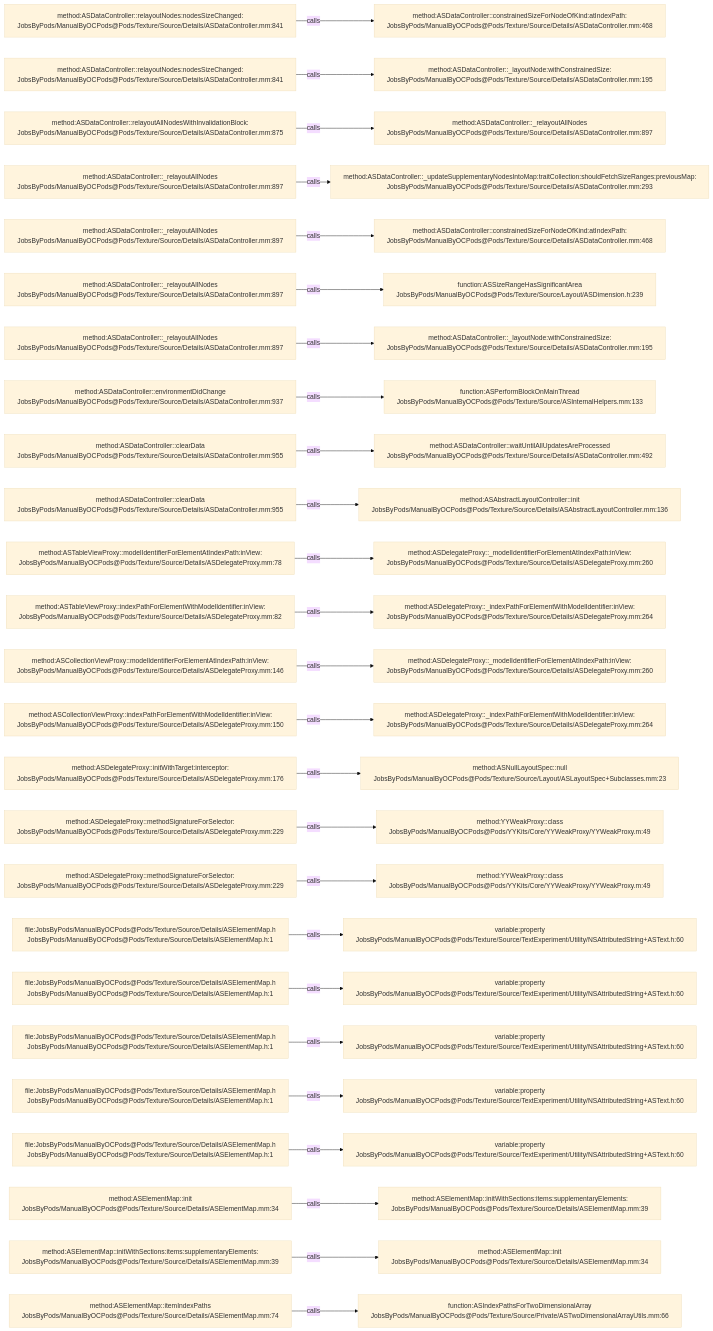
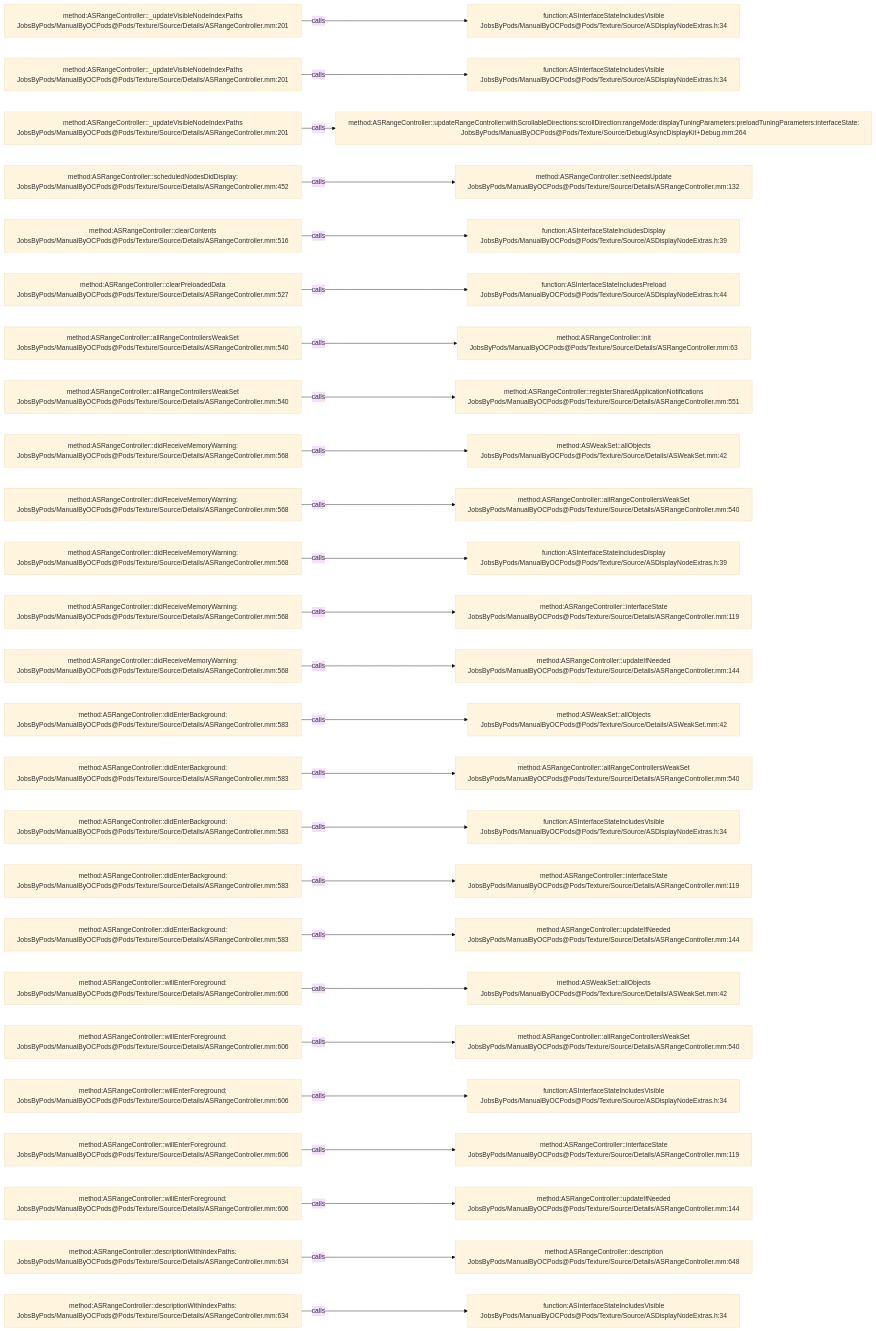
The diagram in .codegraph/codegraph.md/graphs/calls-148.md (JobsKits/JobsOCBaseConfigDemo), drawn with Mermaid (base theme) before and after one commit. The commit also changed 2723 other files, not shown here.

````diff
--- a/.codegraph/codegraph.md/graphs/calls-148.md
+++ b/.codegraph/codegraph.md/graphs/calls-148.md
@@ -13,78 +13,78 @@
 ```mermaid
 flowchart LR
-  S1["method:ASDataController::relayoutNodes:nodesSizeChanged:<br/>JobsByPods/ManualByOCPods@Pods/Texture/Source/Details/ASDataController.mm:841"]
-  T1["method:ASDataController::constrainedSizeForNodeOfKind:atIndexPath:<br/>JobsByPods/ManualByOCPods@Pods/Texture/Source/Details/ASDataController.mm:468"]
+  S1["method:ASRangeController::_updateVisibleNodeIndexPaths<br/>JobsByPods/ManualByOCPods@Pods/Texture/Source/Details/ASRangeController.mm:201"]
+  T1["function:ASInterfaceStateIncludesVisible<br/>JobsByPods/ManualByOCPods@Pods/Texture/Source/ASDisplayNodeExtras.h:34"]
   S1 -->|calls| T1
-  S2["method:ASDataController::relayoutNodes:nodesSizeChanged:<br/>JobsByPods/ManualByOCPods@Pods/Texture/Source/Details/ASDataController.mm:841"]
-  T2["method:ASDataController::_layoutNode:withConstrainedSize:<br/>JobsByPods/ManualByOCPods@Pods/Texture/Source/Details/ASDataController.mm:195"]
+  S2["method:ASRangeController::_updateVisibleNodeIndexPaths<br/>JobsByPods/ManualByOCPods@Pods/Texture/Source/Details/ASRangeController.mm:201"]
+  T2["function:ASInterfaceStateIncludesVisible<br/>JobsByPods/ManualByOCPods@Pods/Texture/Source/ASDisplayNodeExtras.h:34"]
   S2 -->|calls| T2
-  S3["method:ASDataController::relayoutAllNodesWithInvalidationBlock:<br/>JobsByPods/ManualByOCPods@Pods/Texture/Source/Details/ASDataController.mm:875"]
-  T3["method:ASDataController::_relayoutAllNodes<br/>JobsByPods/ManualByOCPods@Pods/Texture/Source/Details/ASDataController.mm:897"]
+  S3["method:ASRangeController::_updateVisibleNodeIndexPaths<br/>JobsByPods/ManualByOCPods@Pods/Texture/Source/Details/ASRangeController.mm:201"]
+  T3["method:ASRangeController::updateRangeController:withScrollableDirections:scrollDirection:rangeMode:displayTuningParameters:preloadTuningParameters:interfaceState:<br/>JobsByPods/ManualByOCPods@Pods/Texture/Source/Debug/AsyncDisplayKit+Debug.mm:264"]
   S3 -->|calls| T3
-  S4["method:ASDataController::_relayoutAllNodes<br/>JobsByPods/ManualByOCPods@Pods/Texture/Source/Details/ASDataController.mm:897"]
-  T4["method:ASDataController::_updateSupplementaryNodesIntoMap:traitCollection:shouldFetchSizeRanges:previousMap:<br/>JobsByPods/ManualByOCPods@Pods/Texture/Source/Details/ASDataController.mm:293"]
+  S4["method:ASRangeController::scheduledNodesDidDisplay:<br/>JobsByPods/ManualByOCPods@Pods/Texture/Source/Details/ASRangeController.mm:452"]
+  T4["method:ASRangeController::setNeedsUpdate<br/>JobsByPods/ManualByOCPods@Pods/Texture/Source/Details/ASRangeController.mm:132"]
   S4 -->|calls| T4
-  S5["method:ASDataController::_relayoutAllNodes<br/>JobsByPods/ManualByOCPods@Pods/Texture/Source/Details/ASDataController.mm:897"]
-  T5["method:ASDataController::constrainedSizeForNodeOfKind:atIndexPath:<br/>JobsByPods/ManualByOCPods@Pods/Texture/Source/Details/ASDataController.mm:468"]
+  S5["method:ASRangeController::clearContents<br/>JobsByPods/ManualByOCPods@Pods/Texture/Source/Details/ASRangeController.mm:516"]
+  T5["function:ASInterfaceStateIncludesDisplay<br/>JobsByPods/ManualByOCPods@Pods/Texture/Source/ASDisplayNodeExtras.h:39"]
   S5 -->|calls| T5
-  S6["method:ASDataController::_relayoutAllNodes<br/>JobsByPods/ManualByOCPods@Pods/Texture/Source/Details/ASDataController.mm:897"]
-  T6["function:ASSizeRangeHasSignificantArea<br/>JobsByPods/ManualByOCPods@Pods/Texture/Source/Layout/ASDimension.h:239"]
+  S6["method:ASRangeController::clearPreloadedData<br/>JobsByPods/ManualByOCPods@Pods/Texture/Source/Details/ASRangeController.mm:527"]
+  T6["function:ASInterfaceStateIncludesPreload<br/>JobsByPods/ManualByOCPods@Pods/Texture/Source/ASDisplayNodeExtras.h:44"]
   S6 -->|calls| T6
-  S7["method:ASDataController::_relayoutAllNodes<br/>JobsByPods/ManualByOCPods@Pods/Texture/Source/Details/ASDataController.mm:897"]
-  T7["method:ASDataController::_layoutNode:withConstrainedSize:<br/>JobsByPods/ManualByOCPods@Pods/Texture/Source/Details/ASDataController.mm:195"]
+  S7["method:ASRangeController::allRangeControllersWeakSet<br/>JobsByPods/ManualByOCPods@Pods/Texture/Source/Details/ASRangeController.mm:540"]
+  T7["method:ASRangeController::init<br/>JobsByPods/ManualByOCPods@Pods/Texture/Source/Details/ASRangeController.mm:63"]
   S7 -->|calls| T7
-  S8["method:ASDataController::environmentDidChange<br/>JobsByPods/ManualByOCPods@Pods/Texture/Source/Details/ASDataController.mm:937"]
-  T8["function:ASPerformBlockOnMainThread<br/>JobsByPods/ManualByOCPods@Pods/Texture/Source/ASInternalHelpers.mm:133"]
+  S8["method:ASRangeController::allRangeControllersWeakSet<br/>JobsByPods/ManualByOCPods@Pods/Texture/Source/Details/ASRangeController.mm:540"]
+  T8["method:ASRangeController::registerSharedApplicationNotifications<br/>JobsByPods/ManualByOCPods@Pods/Texture/Source/Details/ASRangeController.mm:551"]
   S8 -->|calls| T8
-  S9["method:ASDataController::clearData<br/>JobsByPods/ManualByOCPods@Pods/Texture/Source/Details/ASDataController.mm:955"]
-  T9["method:ASDataController::waitUntilAllUpdatesAreProcessed<br/>JobsByPods/ManualByOCPods@Pods/Texture/Source/Details/ASDataController.mm:492"]
+  S9["method:ASRangeController::didReceiveMemoryWarning:<br/>JobsByPods/ManualByOCPods@Pods/Texture/Source/Details/ASRangeController.mm:568"]
+  T9["method:ASWeakSet::allObjects<br/>JobsByPods/ManualByOCPods@Pods/Texture/Source/Details/ASWeakSet.mm:42"]
   S9 -->|calls| T9
-  S10["method:ASDataController::clearData<br/>JobsByPods/ManualByOCPods@Pods/Texture/Source/Details/ASDataController.mm:955"]
-  T10["method:ASAbstractLayoutController::init<br/>JobsByPods/ManualByOCPods@Pods/Texture/Source/Details/ASAbstractLayoutController.mm:136"]
+  S10["method:ASRangeController::didReceiveMemoryWarning:<br/>JobsByPods/ManualByOCPods@Pods/Texture/Source/Details/ASRangeController.mm:568"]
+  T10["method:ASRangeController::allRangeControllersWeakSet<br/>JobsByPods/ManualByOCPods@Pods/Texture/Source/Details/ASRangeController.mm:540"]
   S10 -->|calls| T10
-  S11["method:ASTableViewProxy::modelIdentifierForElementAtIndexPath:inView:<br/>JobsByPods/ManualByOCPods@Pods/Texture/Source/Details/ASDelegateProxy.mm:78"]
-  T11["method:ASDelegateProxy::_modelIdentifierForElementAtIndexPath:inView:<br/>JobsByPods/ManualByOCPods@Pods/Texture/Source/Details/ASDelegateProxy.mm:260"]
+  S11["method:ASRangeController::didReceiveMemoryWarning:<br/>JobsByPods/ManualByOCPods@Pods/Texture/Source/Details/ASRangeController.mm:568"]
+  T11["function:ASInterfaceStateIncludesDisplay<br/>JobsByPods/ManualByOCPods@Pods/Texture/Source/ASDisplayNodeExtras.h:39"]
   S11 -->|calls| T11
-  S12["method:ASTableViewProxy::indexPathForElementWithModelIdentifier:inView:<br/>JobsByPods/ManualByOCPods@Pods/Texture/Source/Details/ASDelegateProxy.mm:82"]
-  T12["method:ASDelegateProxy::_indexPathForElementWithModelIdentifier:inView:<br/>JobsByPods/ManualByOCPods@Pods/Texture/Source/Details/ASDelegateProxy.mm:264"]
+  S12["method:ASRangeController::didReceiveMemoryWarning:<br/>JobsByPods/ManualByOCPods@Pods/Texture/Source/Details/ASRangeController.mm:568"]
+  T12["method:ASRangeController::interfaceState<br/>JobsByPods/ManualByOCPods@Pods/Texture/Source/Details/ASRangeController.mm:119"]
   S12 -->|calls| T12
-  S13["method:ASCollectionViewProxy::modelIdentifierForElementAtIndexPath:inView:<br/>JobsByPods/ManualByOCPods@Pods/Texture/Source/Details/ASDelegateProxy.mm:146"]
-  T13["method:ASDelegateProxy::_modelIdentifierForElementAtIndexPath:inView:<br/>JobsByPods/ManualByOCPods@Pods/Texture/Source/Details/ASDelegateProxy.mm:260"]
+  S13["method:ASRangeController::didReceiveMemoryWarning:<br/>JobsByPods/ManualByOCPods@Pods/Texture/Source/Details/ASRangeController.mm:568"]
+  T13["method:ASRangeController::updateIfNeeded<br/>JobsByPods/ManualByOCPods@Pods/Texture/Source/Details/ASRangeController.mm:144"]
   S13 -->|calls| T13
-  S14["method:ASCollectionViewProxy::indexPathForElementWithModelIdentifier:inView:<br/>JobsByPods/ManualByOCPods@Pods/Texture/Source/Details/ASDelegateProxy.mm:150"]
-  T14["method:ASDelegateProxy::_indexPathForElementWithModelIdentifier:inView:<br/>JobsByPods/ManualByOCPods@Pods/Texture/Source/Details/ASDelegateProxy.mm:264"]
+  S14["method:ASRangeController::didEnterBackground:<br/>JobsByPods/ManualByOCPods@Pods/Texture/Source/Details/ASRangeController.mm:583"]
+  T14["method:ASWeakSet::allObjects<br/>JobsByPods/ManualByOCPods@Pods/Texture/Source/Details/ASWeakSet.mm:42"]
   S14 -->|calls| T14
-  S15["method:ASDelegateProxy::initWithTarget:interceptor:<br/>JobsByPods/ManualByOCPods@Pods/Texture/Source/Details/ASDelegateProxy.mm:176"]
-  T15["method:ASNullLayoutSpec::null<br/>JobsByPods/ManualByOCPods@Pods/Texture/Source/Layout/ASLayoutSpec+Subclasses.mm:23"]
+  S15["method:ASRangeController::didEnterBackground:<br/>JobsByPods/ManualByOCPods@Pods/Texture/Source/Details/ASRangeController.mm:583"]
+  T15["method:ASRangeController::allRangeControllersWeakSet<br/>JobsByPods/ManualByOCPods@Pods/Texture/Source/Details/ASRangeController.mm:540"]
   S15 -->|calls| T15
-  S16["method:ASDelegateProxy::methodSignatureForSelector:<br/>JobsByPods/ManualByOCPods@Pods/Texture/Source/Details/ASDelegateProxy.mm:229"]
-  T16["method:YYWeakProxy::class<br/>JobsByPods/ManualByOCPods@Pods/YYKits/Core/YYWeakProxy/YYWeakProxy.m:49"]
+  S16["method:ASRangeController::didEnterBackground:<br/>JobsByPods/ManualByOCPods@Pods/Texture/Source/Details/ASRangeController.mm:583"]
+  T16["function:ASInterfaceStateIncludesVisible<br/>JobsByPods/ManualByOCPods@Pods/Texture/Source/ASDisplayNodeExtras.h:34"]
   S16 -->|calls| T16
-  S17["method:ASDelegateProxy::methodSignatureForSelector:<br/>JobsByPods/ManualByOCPods@Pods/Texture/Source/Details/ASDelegateProxy.mm:229"]
-  T17["method:YYWeakProxy::class<br/>JobsByPods/ManualByOCPods@Pods/YYKits/Core/YYWeakProxy/YYWeakProxy.m:49"]
+  S17["method:ASRangeController::didEnterBackground:<br/>JobsByPods/ManualByOCPods@Pods/Texture/Source/Details/ASRangeController.mm:583"]
+  T17["method:ASRangeController::interfaceState<br/>JobsByPods/ManualByOCPods@Pods/Texture/Source/Details/ASRangeController.mm:119"]
   S17 -->|calls| T17
-  S18["file:JobsByPods/ManualByOCPods@Pods/Texture/Source/Details/ASElementMap.h<br/>JobsByPods/ManualByOCPods@Pods/Texture/Source/Details/ASElementMap.h:1"]
-  T18["variable:property<br/>JobsByPods/ManualByOCPods@Pods/Texture/Source/TextExperiment/Utility/NSAttributedString+ASText.h:60"]
+  S18["method:ASRangeController::didEnterBackground:<br/>JobsByPods/ManualByOCPods@Pods/Texture/Source/Details/ASRangeController.mm:583"]
+  T18["method:ASRangeController::updateIfNeeded<br/>JobsByPods/ManualByOCPods@Pods/Texture/Source/Details/ASRangeController.mm:144"]
   S18 -->|calls| T18
-  S19["file:JobsByPods/ManualByOCPods@Pods/Texture/Source/Details/ASElementMap.h<br/>JobsByPods/ManualByOCPods@Pods/Texture/Source/Details/ASElementMap.h:1"]
-  T19["variable:property<br/>JobsByPods/ManualByOCPods@Pods/Texture/Source/TextExperiment/Utility/NSAttributedString+ASText.h:60"]
+  S19["method:ASRangeController::willEnterForeground:<br/>JobsByPods/ManualByOCPods@Pods/Texture/Source/Details/ASRangeController.mm:606"]
+  T19["method:ASWeakSet::allObjects<br/>JobsByPods/ManualByOCPods@Pods/Texture/Source/Details/ASWeakSet.mm:42"]
   S19 -->|calls| T19
-  S20["file:JobsByPods/ManualByOCPods@Pods/Texture/Source/Details/ASElementMap.h<br/>JobsByPods/ManualByOCPods@Pods/Texture/Source/Details/ASElementMap.h:1"]
-  T20["variable:property<br/>JobsByPods/ManualByOCPods@Pods/Texture/Source/TextExperiment/Utility/NSAttributedString+ASText.h:60"]
+  S20["method:ASRangeController::willEnterForeground:<br/>JobsByPods/ManualByOCPods@Pods/Texture/Source/Details/ASRangeController.mm:606"]
+  T20["method:ASRangeController::allRangeControllersWeakSet<br/>JobsByPods/ManualByOCPods@Pods/Texture/Source/Details/ASRangeController.mm:540"]
   S20 -->|calls| T20
-  S21["file:JobsByPods/ManualByOCPods@Pods/Texture/Source/Details/ASElementMap.h<br/>JobsByPods/ManualByOCPods@Pods/Texture/Source/Details/ASElementMap.h:1"]
-  T21["variable:property<br/>JobsByPods/ManualByOCPods@Pods/Texture/Source/TextExperiment/Utility/NSAttributedString+ASText.h:60"]
+  S21["method:ASRangeController::willEnterForeground:<br/>JobsByPods/ManualByOCPods@Pods/Texture/Source/Details/ASRangeController.mm:606"]
+  T21["function:ASInterfaceStateIncludesVisible<br/>JobsByPods/ManualByOCPods@Pods/Texture/Source/ASDisplayNodeExtras.h:34"]
   S21 -->|calls| T21
-  S22["file:JobsByPods/ManualByOCPods@Pods/Texture/Source/Details/ASElementMap.h<br/>JobsByPods/ManualByOCPods@Pods/Texture/Source/Details/ASElementMap.h:1"]
-  T22["variable:property<br/>JobsByPods/ManualByOCPods@Pods/Texture/Source/TextExperiment/Utility/NSAttributedString+ASText.h:60"]
+  S22["method:ASRangeController::willEnterForeground:<br/>JobsByPods/ManualByOCPods@Pods/Texture/Source/Details/ASRangeController.mm:606"]
+  T22["method:ASRangeController::interfaceState<br/>JobsByPods/ManualByOCPods@Pods/Texture/Source/Details/ASRangeController.mm:119"]
   S22 -->|calls| T22
-  S23["method:ASElementMap::init<br/>JobsByPods/ManualByOCPods@Pods/Texture/Source/Details/ASElementMap.mm:34"]
-  T23["method:ASElementMap::initWithSections:items:supplementaryElements:<br/>JobsByPods/ManualByOCPods@Pods/Texture/Source/Details/ASElementMap.mm:39"]
+  S23["method:ASRangeController::willEnterForeground:<br/>JobsByPods/ManualByOCPods@Pods/Texture/Source/Details/ASRangeController.mm:606"]
+  T23["method:ASRangeController::updateIfNeeded<br/>JobsByPods/ManualByOCPods@Pods/Texture/Source/Details/ASRangeController.mm:144"]
   S23 -->|calls| T23
-  S24["method:ASElementMap::initWithSections:items:supplementaryElements:<br/>JobsByPods/ManualByOCPods@Pods/Texture/Source/Details/ASElementMap.mm:39"]
-  T24["method:ASElementMap::init<br/>JobsByPods/ManualByOCPods@Pods/Texture/Source/Details/ASElementMap.mm:34"]
+  S24["method:ASRangeController::descriptionWithIndexPaths:<br/>JobsByPods/ManualByOCPods@Pods/Texture/Source/Details/ASRangeController.mm:634"]
+  T24["method:ASRangeController::description<br/>JobsByPods/ManualByOCPods@Pods/Texture/Source/Details/ASRangeController.mm:648"]
   S24 -->|calls| T24
-  S25["method:ASElementMap::itemIndexPaths<br/>JobsByPods/ManualByOCPods@Pods/Texture/Source/Details/ASElementMap.mm:74"]
-  T25["function:ASIndexPathsForTwoDimensionalArray<br/>JobsByPods/ManualByOCPods@Pods/Texture/Source/Private/ASTwoDimensionalArrayUtils.mm:66"]
+  S25["method:ASRangeController::descriptionWithIndexPaths:<br/>JobsByPods/ManualByOCPods@Pods/Texture/Source/Details/ASRangeController.mm:634"]
+  T25["function:ASInterfaceStateIncludesVisible<br/>JobsByPods/ManualByOCPods@Pods/Texture/Source/ASDisplayNodeExtras.h:34"]
   S25 -->|calls| T25
 ```
````
